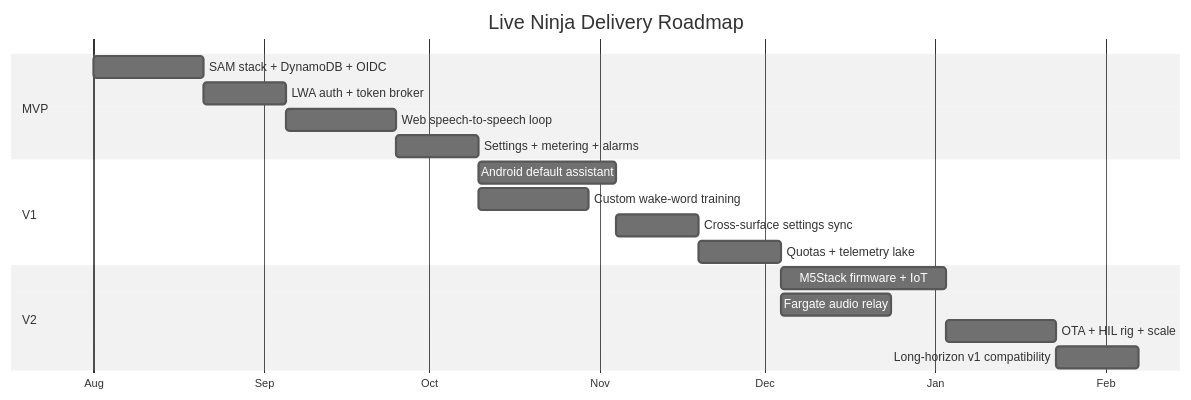
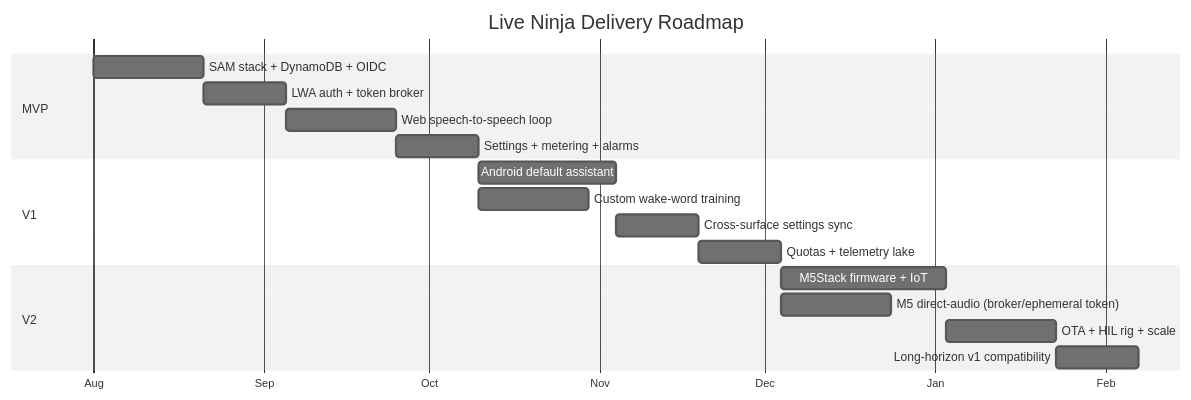
One commit to JeremyProffittOrg/live-ninja changed the second of 8 diagrams in plan.md. Above: the diagram before and after it, drawn with Mermaid (neutral theme). The commit also changed other lines of this file and 3 other files, not shown here.

First line of the commit message:
Merge best-of comparison into PRD; make M5Stack audio direct-to-OpenAI; memory into main plan; fix mockup gallery paths

````diff
--- a/plan.md
+++ b/plan.md
@@ -77,24 +77,24 @@
 ```mermaid
 gantt
     title Live Ninja Delivery Roadmap
     dateFormat YYYY-MM-DD
     axisFormat %b
 
     section MVP
     SAM stack + DynamoDB + OIDC      :m1, 2026-08-01, 20d
     LWA auth + token broker          :m2, after m1, 15d
     Web speech-to-speech loop        :m3, after m2, 20d
     Settings + metering + alarms     :m4, after m3, 15d
 
     section V1
     Android default assistant        :v1, after m4, 25d
     Custom wake-word training         :v2, after m4, 20d
     Cross-surface settings sync      :v3, after v1, 15d
     Quotas + telemetry lake          :v4, after v3, 15d
 
     section V2
     M5Stack firmware + IoT           :w1, after v4, 30d
-    Fargate audio relay              :w2, after v4, 20d
+    M5 direct-audio (broker/ephemeral token) :w2, after v4, 20d
     OTA + HIL rig + scale            :w3, after w1, 20d
     Long-horizon v1 compatibility    :w4, after w3, 15d
 ```
````
